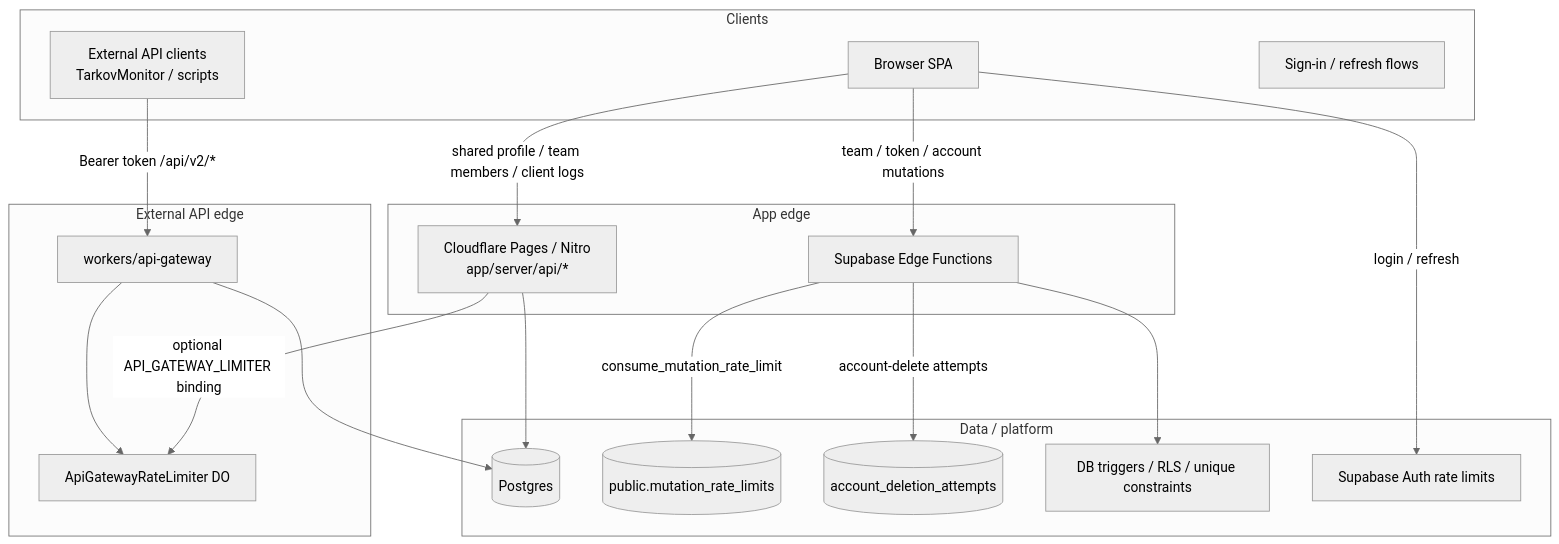
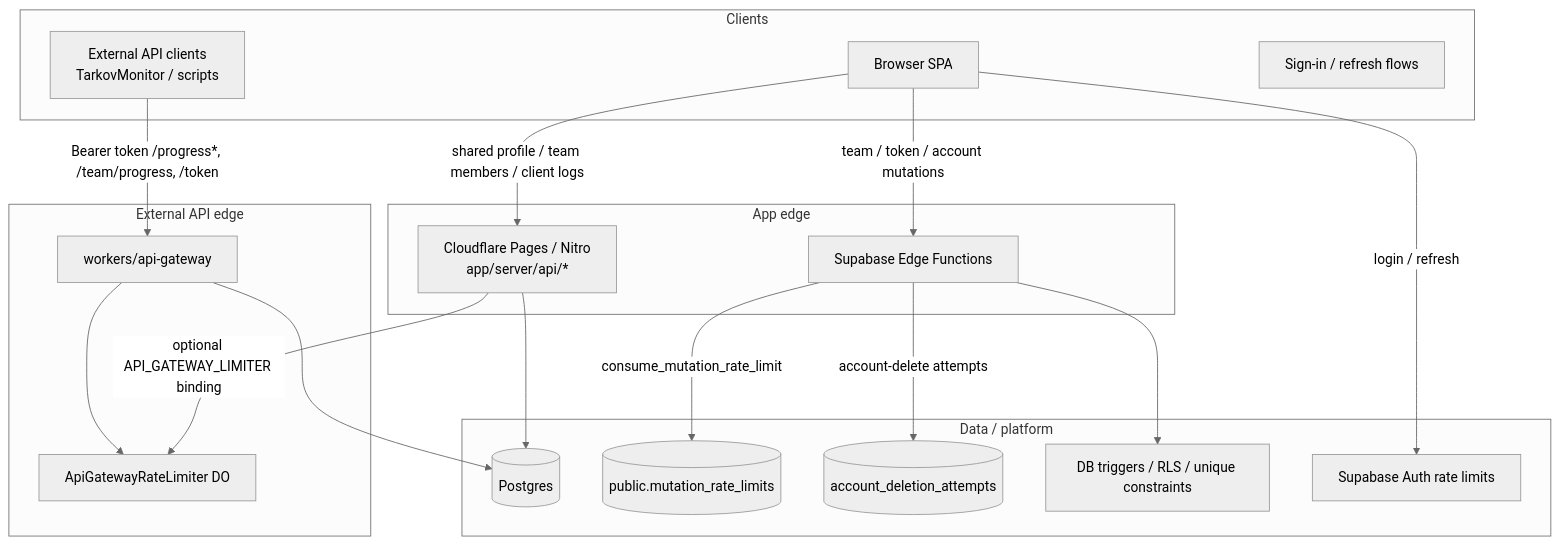
The first of 6 diagrams in docs/RATE_LIMITING.md (tarkovtracker-org/TarkovTracker), drawn with Mermaid (neutral theme) before and after one commit. The commit also changed other lines of this file and 9 other files, not shown here.

````diff
--- a/docs/RATE_LIMITING.md
+++ b/docs/RATE_LIMITING.md
@@ -44,38 +44,38 @@
 ```mermaid
 flowchart TB
   subgraph clients [Clients]
     UI[Browser SPA]
     EXT[External API clients<br/>TarkovMonitor / scripts]
     AUTH[Sign-in / refresh flows]
   end
 
   subgraph appEdge [App edge]
     PAGES[Cloudflare Pages / Nitro<br/>app/server/api/*]
     EDGE[Supabase Edge Functions]
   end
 
   subgraph apiEdge [External API edge]
     WG[workers/api-gateway]
     DO[ApiGatewayRateLimiter DO]
   end
 
   subgraph data [Data / platform]
     PG[(Postgres)]
     MRL[(public.mutation_rate_limits)]
     ADA[(account_deletion_attempts)]
     CAP[DB triggers / RLS / unique constraints]
     SA[Supabase Auth rate limits]
   end
 
   UI -->|shared profile / team members / client logs| PAGES
   UI -->|team / token / account mutations| EDGE
   UI -->|login / refresh| SA
-  EXT -->|Bearer token /api/v2/*| WG
+  EXT -->|Bearer token /progress*, /team/progress, /token| WG
   WG --> DO
   WG --> PG
   EDGE -->|consume_mutation_rate_limit| MRL
   EDGE -->|account-delete attempts| ADA
   EDGE --> CAP
   PAGES -->|optional API_GATEWAY_LIMITER binding| DO
   PAGES --> PG
 ```
````
